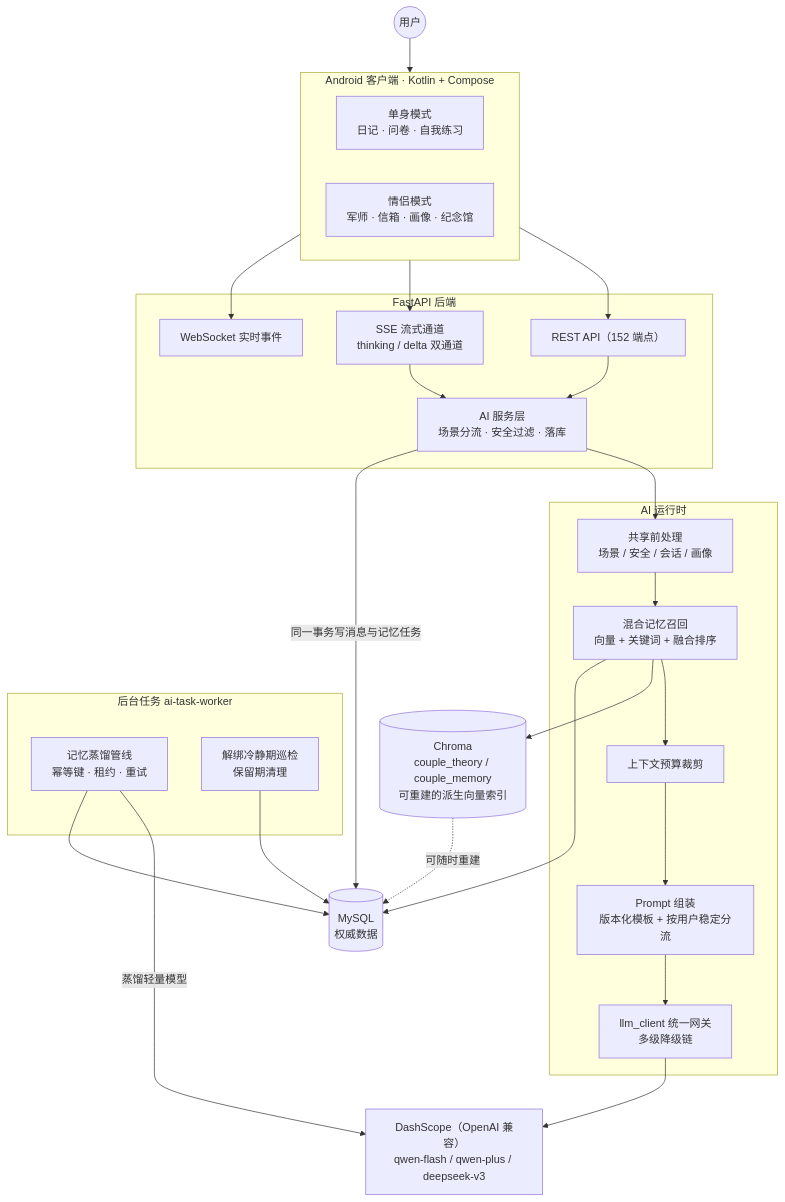
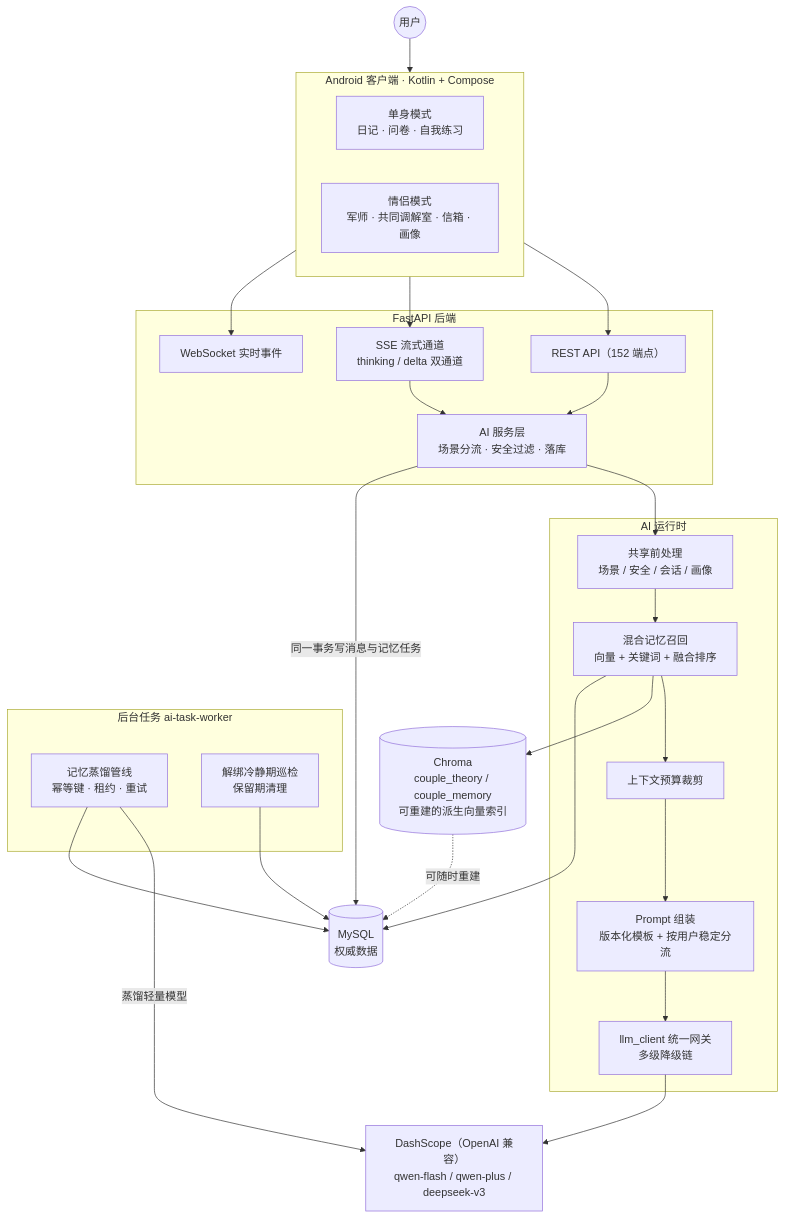
Before and after one commit to Flyaohao/Slowly: the first of 2 diagrams in README.md, drawn with Mermaid. The commit also changed other lines of this file, not shown here.

Commit message:
docs: README 全文突出共同调解室——开篇导语、产品定位、界面速览置顶、架构图

````diff
--- a/README.md
+++ b/README.md
@@ -81,47 +85,47 @@
 ```mermaid
 flowchart TB
     User(("用户"))
 
     subgraph Android["Android 客户端 · Kotlin + Compose"]
         direction LR
         SingleUI["单身模式<br/>日记 · 问卷 · 自我练习"]
-        CoupleUI["情侣模式<br/>军师 · 信箱 · 画像 · 纪念馆"]
+        CoupleUI["情侣模式<br/>军师 · 共同调解室 · 信箱 · 画像"]
     end
 
     subgraph Backend["FastAPI 后端"]
         REST["REST API（152 端点）"]
         SSE["SSE 流式通道<br/>thinking / delta 双通道"]
         WS["WebSocket 实时事件"]
         AISvc["AI 服务层<br/>场景分流 · 安全过滤 · 落库"]
     end
 
     subgraph Runtime["AI 运行时"]
         Pre["共享前处理<br/>场景 / 安全 / 会话 / 画像"]
         Recall["混合记忆召回<br/>向量 + 关键词 + 融合排序"]
         Budget["上下文预算裁剪"]
         Prompt["Prompt 组装<br/>版本化模板 + 按用户稳定分流"]
         LLM["llm_client 统一网关<br/>多级降级链"]
     end
 
     subgraph Tasks["后台任务 ai-task-worker"]
         Pipeline["记忆蒸馏管线<br/>幂等键 · 租约 · 重试"]
         Purge["解绑冷静期巡检<br/>保留期清理"]
     end
 
     MySQL[("MySQL<br/>权威数据")]
     Chroma[("Chroma<br/>couple_theory / couple_memory<br/>可重建的派生向量索引")]
     DashScope["DashScope（OpenAI 兼容）<br/>qwen-flash / qwen-plus / deepseek-v3"]
 
     User --> Android
     Android --> REST & SSE & WS
     REST --> AISvc
     SSE --> AISvc
     AISvc --> Pre --> Recall --> Budget --> Prompt --> LLM --> DashScope
     Pipeline -->|"蒸馏轻量模型"| DashScope
     Recall --> Chroma
     Recall --> MySQL
     AISvc -->|"同一事务写消息与记忆任务"| MySQL
     Pipeline --> MySQL
     Purge --> MySQL
     Chroma -.可随时重建.-> MySQL
 ```
````
